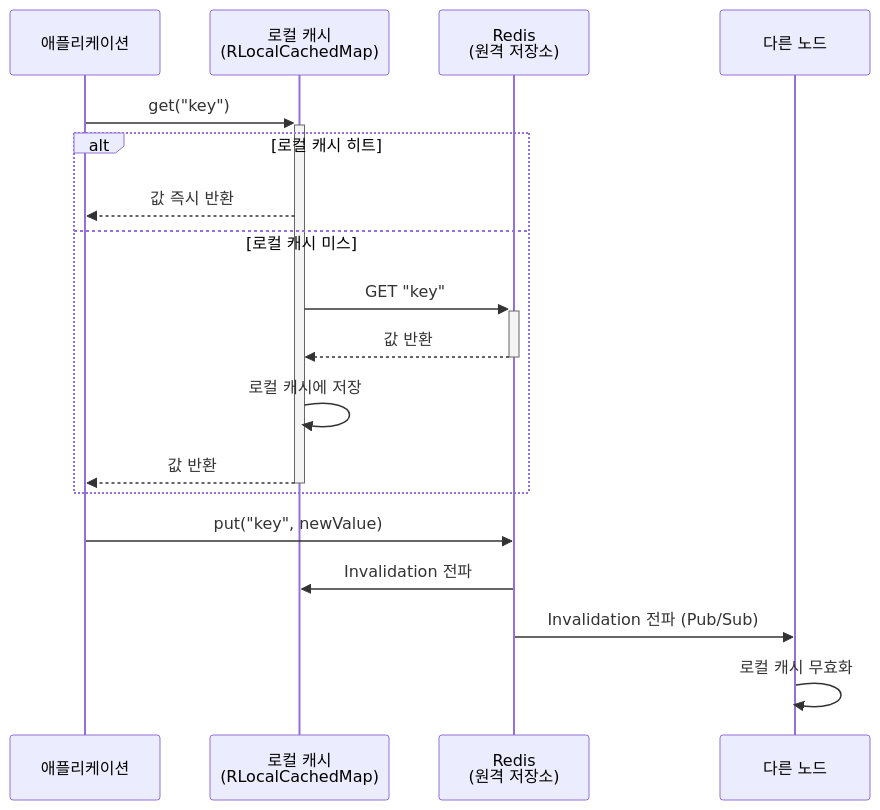
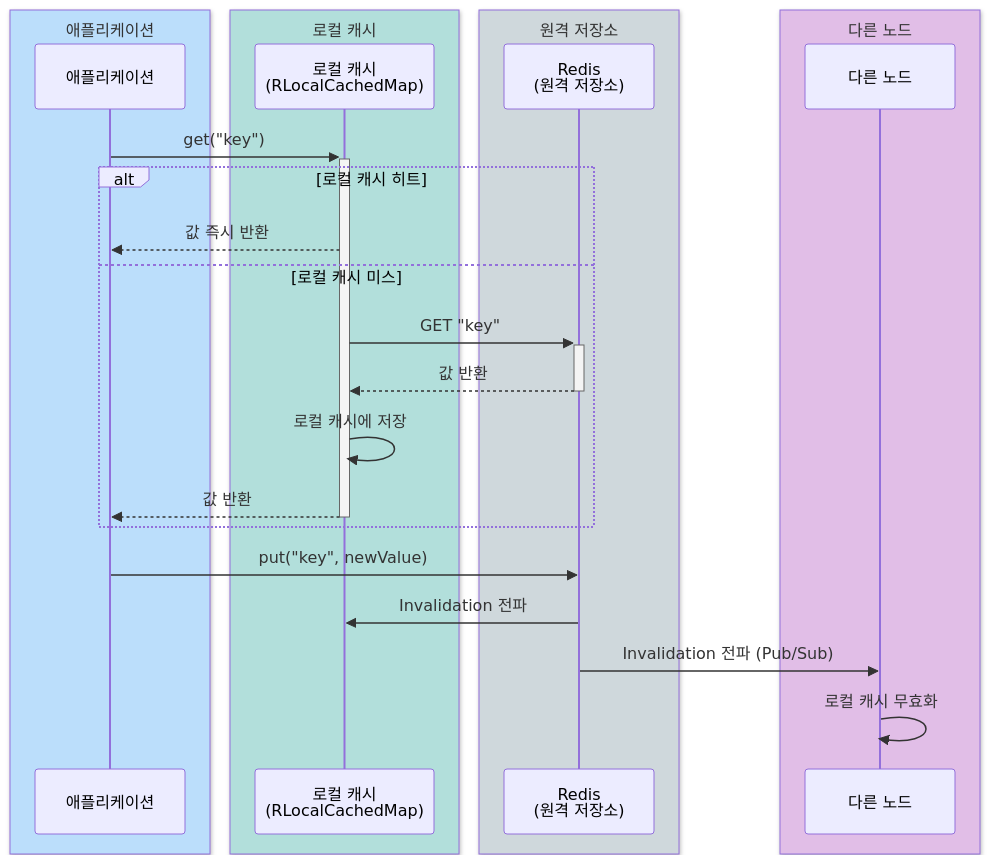
The third of 4 diagrams in infra/redisson/README.ko.md (bluetape4k/bluetape4k-projects), drawn with Mermaid before and after one commit. The commit also changed other lines of this file and 221 other files, not shown here.

First line of the commit message:
docs: 전체 모듈 README UML 다이어그램 보강 및 색상 업그레이드

````diff
--- a/infra/redisson/README.ko.md
+++ b/infra/redisson/README.ko.md
@@ -388,22 +402,30 @@
 ```mermaid
 sequenceDiagram
+    box rgb(187,222,251) 애플리케이션
     participant App as 애플리케이션
+    end
+    box rgb(178,223,219) 로컬 캐시
     participant Local as 로컬 캐시<br/>(RLocalCachedMap)
+    end
+    box rgb(207,216,220) 원격 저장소
     participant Redis as Redis<br/>(원격 저장소)
+    end
+    box rgb(225,190,231) 다른 노드
     participant Other as 다른 노드
+    end
 
     App->>+Local: get("key")
     alt 로컬 캐시 히트
         Local-->>App: 값 즉시 반환
     else 로컬 캐시 미스
         Local->>+Redis: GET "key"
         Redis-->>-Local: 값 반환
         Local->>Local: 로컬 캐시에 저장
         Local-->>-App: 값 반환
     end
 
     App->>Redis: put("key", newValue)
     Redis->>Local: Invalidation 전파
     Redis->>Other: Invalidation 전파 (Pub/Sub)
     Other->>Other: 로컬 캐시 무효화
 ```
````
